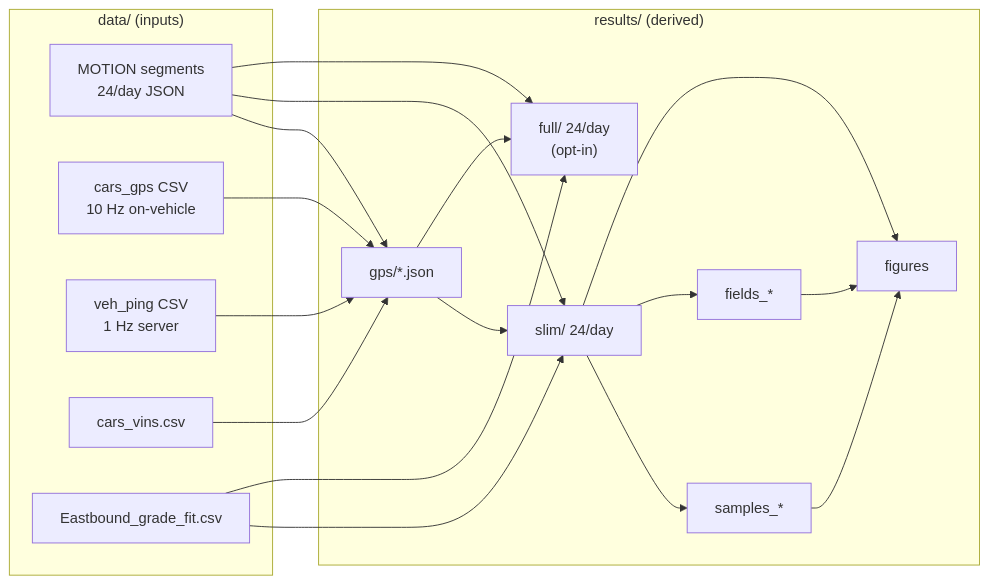
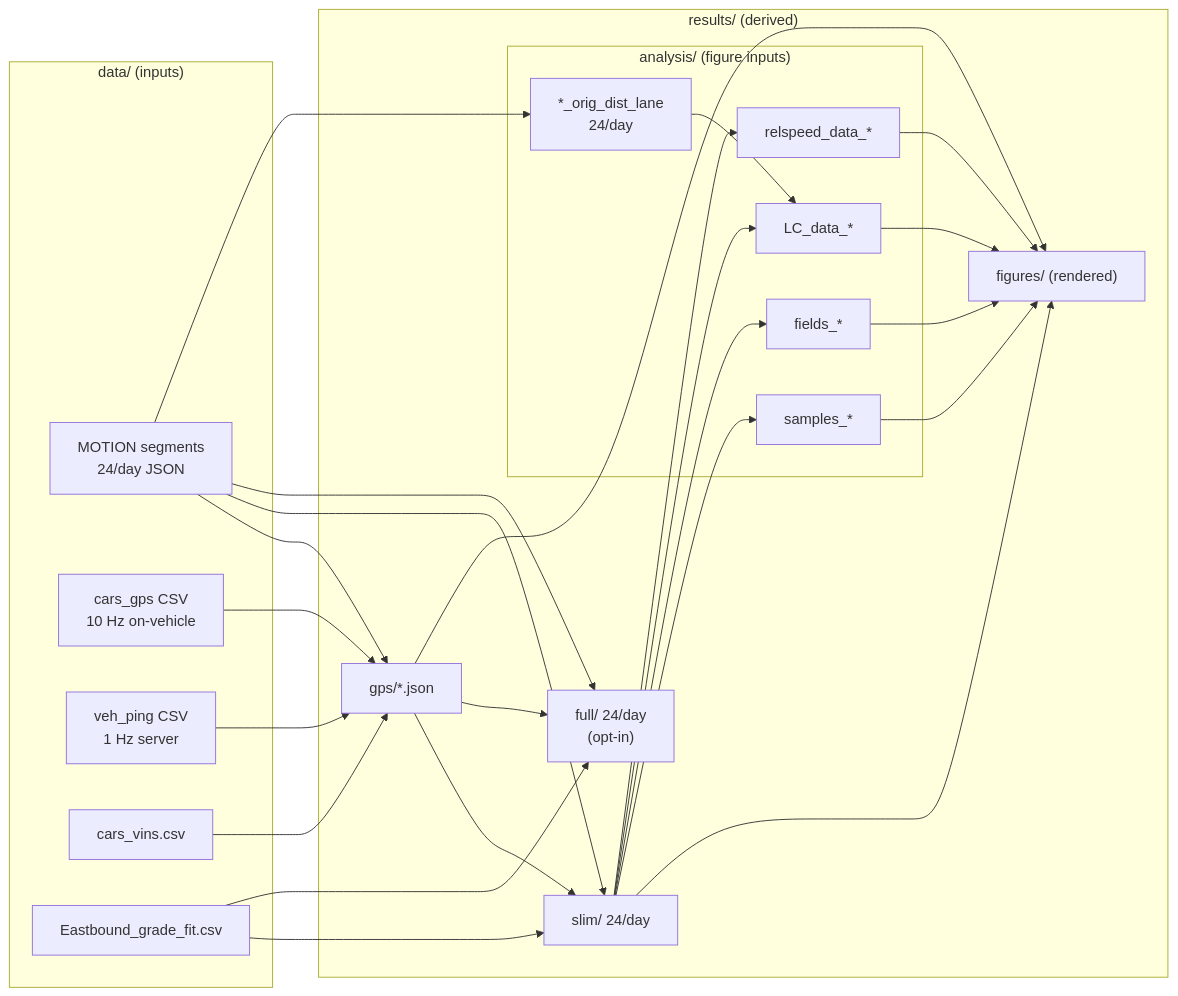
One commit to SeanMcQuade/MVT_structured_data changed the diagram in docs/DATA_FILES.md. Above: the diagram before and after it, drawn with Mermaid. The commit also changed other lines of this file and 3 other files, not shown here.

````diff
--- a/docs/DATA_FILES.md
+++ b/docs/DATA_FILES.md
@@ -36,33 +46,45 @@
 ```mermaid
 flowchart LR
   subgraph raw["data/ (inputs)"]
     M["MOTION segments<br/>24/day JSON"]
     G["cars_gps CSV<br/>10 Hz on-vehicle"]
     V["veh_ping CSV<br/>1 Hz server"]
     N["cars_vins.csv"]
     R["Eastbound_grade_fit.csv"]
   end
   subgraph out["results/ (derived)"]
     GPS["gps/*.json"]
     SLIM["slim/ 24/day"]
     FULL["full/ 24/day<br/>(opt-in)"]
-    SAM["samples_*"]
-    FLD["fields_*"]
-    FIG["figures"]
+    subgraph ana["analysis/ (figure inputs)"]
+      SAM["samples_*"]
+      FLD["fields_*"]
+      OD["*_orig_dist_lane<br/>24/day"]
+      LC["LC_data_*"]
+      RS["relspeed_data_*"]
+    end
+    FIG["figures/ (rendered)"]
   end
   M --> GPS
   G --> GPS
   V --> GPS
   N --> GPS
   M --> SLIM
   GPS --> SLIM
   R --> SLIM
   M --> FULL
   GPS --> FULL
   R --> FULL
   SLIM --> SAM
   SLIM --> FLD
+  M --> OD
+  SLIM --> LC
+  OD --> LC
+  SLIM --> RS
   SLIM --> FIG
   SAM --> FIG
   FLD --> FIG
+  GPS --> FIG
+  LC --> FIG
+  RS --> FIG
 ```
````
